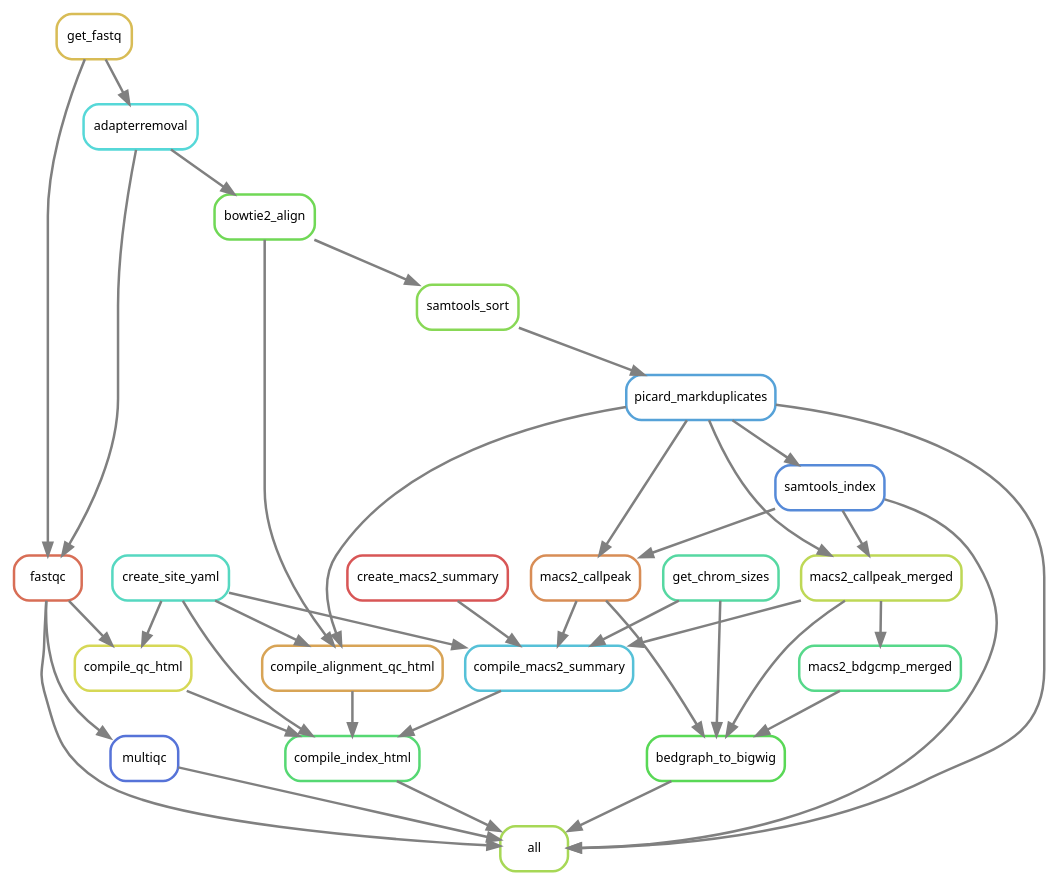
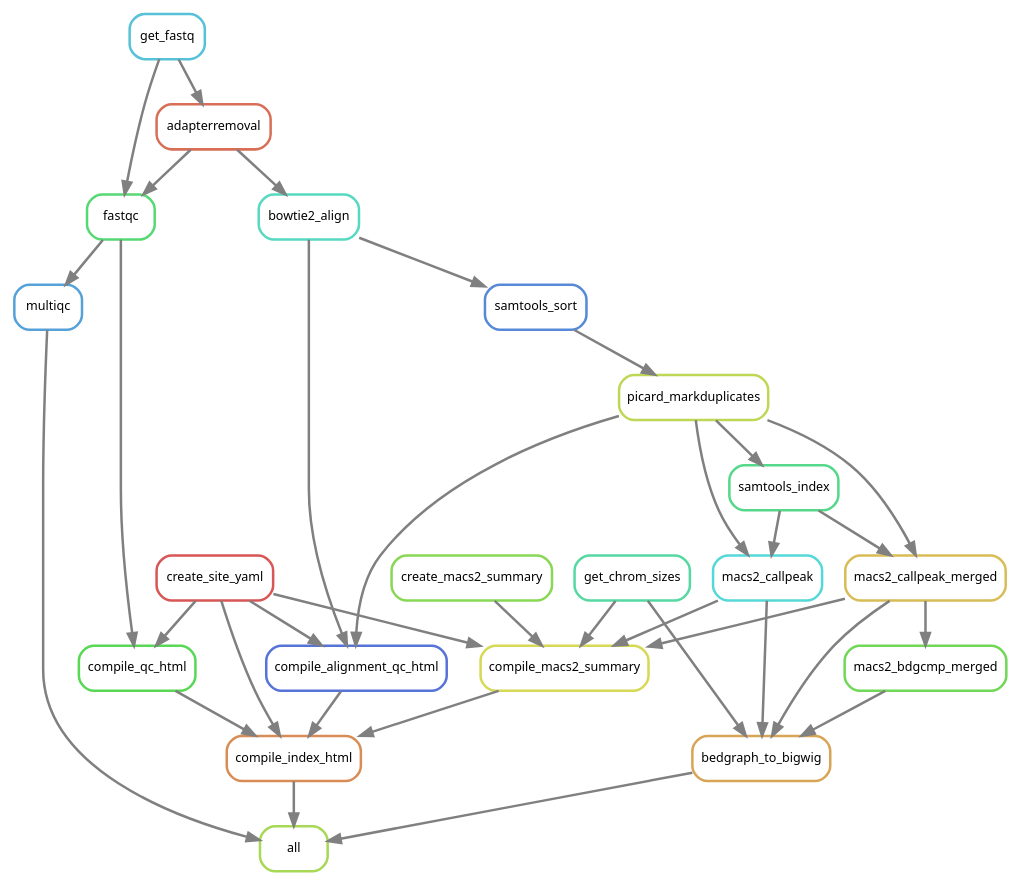
Before and after one commit to smped/PRJNA509779: the diagram in workflow/rules/rulegraph.dot, drawn with Graphviz. The commit also changed 1 other file, not shown here.

```diff
--- a/workflow/rules/rulegraph.dot
+++ b/workflow/rules/rulegraph.dot
@@ -1,62 +1,59 @@
 digraph snakemake_dag {
     graph[bgcolor=white, margin=0];
     node[shape=box, style=rounded, fontname=sans,                 fontsize=10, penwidth=2];
     edge[penwidth=2, color=grey];
 	0[label = "all", color = "0.23 0.6 0.85", style="rounded"];
-	1[label = "fastqc", color = "0.03 0.6 0.85", style="rounded"];
-	2[label = "get_fastq", color = "0.13 0.6 0.85", style="rounded"];
-	3[label = "adapterremoval", color = "0.50 0.6 0.85", style="rounded"];
-	4[label = "multiqc", color = "0.63 0.6 0.85", style="rounded"];
-	5[label = "picard_markduplicates", color = "0.57 0.6 0.85", style="rounded"];
-	6[label = "samtools_sort", color = "0.27 0.6 0.85", style="rounded"];
-	7[label = "bowtie2_align", color = "0.30 0.6 0.85", style="rounded"];
-	8[label = "samtools_index", color = "0.60 0.6 0.85", style="rounded"];
-	9[label = "bedgraph_to_bigwig", color = "0.33 0.6 0.85", style="rounded"];
-	10[label = "macs2_callpeak", color = "0.07 0.6 0.85", style="rounded"];
+	1[label = "multiqc", color = "0.57 0.6 0.85", style="rounded"];
+	2[label = "fastqc", color = "0.37 0.6 0.85", style="rounded"];
+	3[label = "get_fastq", color = "0.53 0.6 0.85", style="rounded"];
+	4[label = "adapterremoval", color = "0.03 0.6 0.85", style="rounded"];
+	5[label = "bedgraph_to_bigwig", color = "0.10 0.6 0.85", style="rounded"];
+	6[label = "macs2_callpeak", color = "0.50 0.6 0.85", style="rounded"];
+	7[label = "picard_markduplicates", color = "0.20 0.6 0.85", style="rounded"];
+	8[label = "samtools_sort", color = "0.60 0.6 0.85", style="rounded"];
+	9[label = "bowtie2_align", color = "0.47 0.6 0.85", style="rounded"];
+	10[label = "samtools_index", color = "0.40 0.6 0.85", style="rounded"];
 	11[label = "get_chrom_sizes", color = "0.43 0.6 0.85", style="rounded"];
-	12[label = "macs2_callpeak_merged", color = "0.20 0.6 0.85", style="rounded"];
-	13[label = "macs2_bdgcmp_merged", color = "0.40 0.6 0.85", style="rounded"];
-	14[label = "compile_index_html", color = "0.37 0.6 0.85", style="rounded"];
-	15[label = "compile_macs2_summary", color = "0.53 0.6 0.85", style="rounded"];
-	16[label = "create_macs2_summary", color = "0.00 0.6 0.85", style="rounded"];
-	17[label = "create_site_yaml", color = "0.47 0.6 0.85", style="rounded"];
-	18[label = "compile_qc_html", color = "0.17 0.6 0.85", style="rounded"];
-	19[label = "compile_alignment_qc_html", color = "0.10 0.6 0.85", style="rounded"];
+	12[label = "macs2_callpeak_merged", color = "0.13 0.6 0.85", style="rounded"];
+	13[label = "macs2_bdgcmp_merged", color = "0.30 0.6 0.85", style="rounded"];
+	14[label = "compile_index_html", color = "0.07 0.6 0.85", style="rounded"];
+	15[label = "compile_macs2_summary", color = "0.17 0.6 0.85", style="rounded"];
+	16[label = "create_macs2_summary", color = "0.27 0.6 0.85", style="rounded"];
+	17[label = "create_site_yaml", color = "0.00 0.6 0.85", style="rounded"];
+	18[label = "compile_qc_html", color = "0.33 0.6 0.85", style="rounded"];
+	19[label = "compile_alignment_qc_html", color = "0.63 0.6 0.85", style="rounded"];
+	5 -> 0
 	1 -> 0
-	9 -> 0
 	14 -> 0
-	5 -> 0
-	8 -> 0
-	4 -> 0
 	2 -> 1
-	3 -> 1
-	2 -> 3
-	1 -> 4
+	3 -> 2
+	4 -> 2
+	3 -> 4
+	13 -> 5
+	12 -> 5
 	6 -> 5
+	11 -> 5
+	10 -> 6
 	7 -> 6
-	3 -> 7
-	5 -> 8
-	12 -> 9
-	11 -> 9
-	13 -> 9
-	10 -> 9
-	5 -> 10
-	8 -> 10
-	5 -> 12
-	8 -> 12
+	8 -> 7
+	9 -> 8
+	4 -> 9
+	7 -> 10
+	10 -> 12
+	7 -> 12
 	12 -> 13
-	18 -> 14
 	15 -> 14
 	17 -> 14
 	19 -> 14
-	16 -> 15
-	17 -> 15
-	10 -> 15
+	18 -> 14
 	12 -> 15
 	11 -> 15
-	1 -> 18
+	17 -> 15
+	6 -> 15
+	16 -> 15
+	2 -> 18
 	17 -> 18
+	17 -> 19
 	7 -> 19
-	5 -> 19
-	17 -> 19
+	9 -> 19
 }            
```
